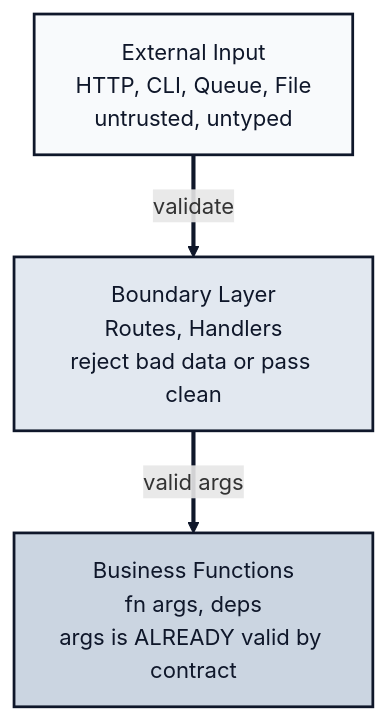
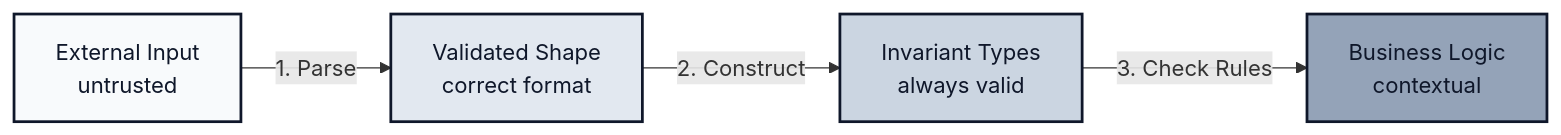
One commit to jagreehal/jagreehal-typescript-patterns changed the diagram in src/content/docs/patterns/validation.md. Above: the diagram before and after it, drawn with Mermaid. The commit also changed other lines of this file and 15 other files, not shown here.

````diff
--- a/src/content/docs/patterns/validation.md
+++ b/src/content/docs/patterns/validation.md
@@ -96,12 +45,11 @@
 ```mermaid
-graph TD
-    A[External Input<br/>HTTP, CLI, Queue, File<br/>untrusted, untyped] -->|validate| B[Boundary Layer<br/>Routes, Handlers<br/>reject bad data or pass clean]
-    B -->|valid args| C[Business Functions<br/>fn args, deps<br/>args is ALREADY valid by contract]
-    
+graph LR
+    A[External Input<br/>untrusted] -->|1. Parse| B[Validated Shape<br/>correct format]
+    B -->|2. Construct| C[Invariant Types<br/>always valid]
+    C -->|3. Check Rules| D[Business Logic<br/>contextual]
+
     style A fill:#f8fafc,stroke:#0f172a,stroke-width:2px,color:#0f172a
     style B fill:#e2e8f0,stroke:#0f172a,stroke-width:2px,color:#0f172a
     style C fill:#cbd5e1,stroke:#0f172a,stroke-width:2px,color:#0f172a
-    
-    linkStyle 0 stroke:#0f172a,stroke-width:3px
-    linkStyle 1 stroke:#0f172a,stroke-width:3px
+    style D fill:#94a3b8,stroke:#0f172a,stroke-width:2px,color:#0f172a
 ```
````
